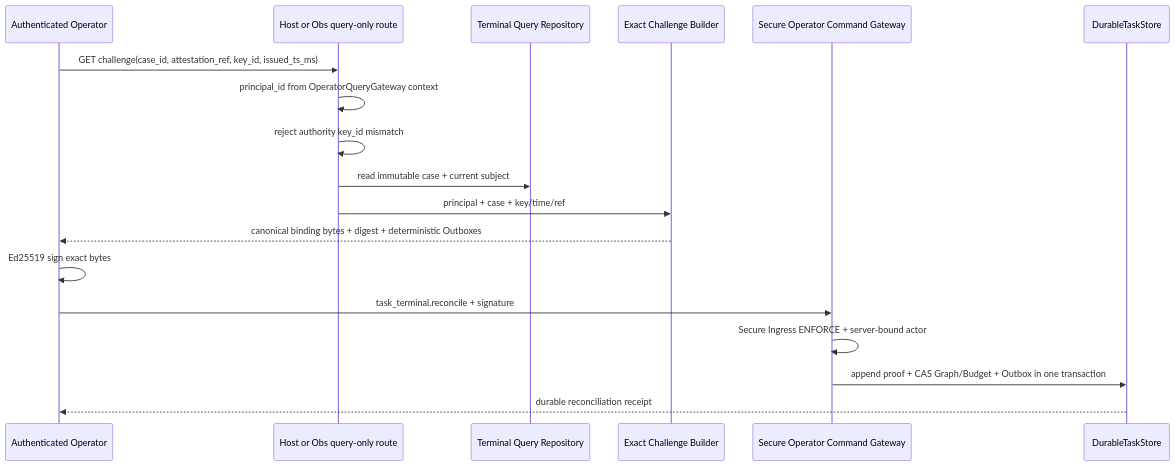
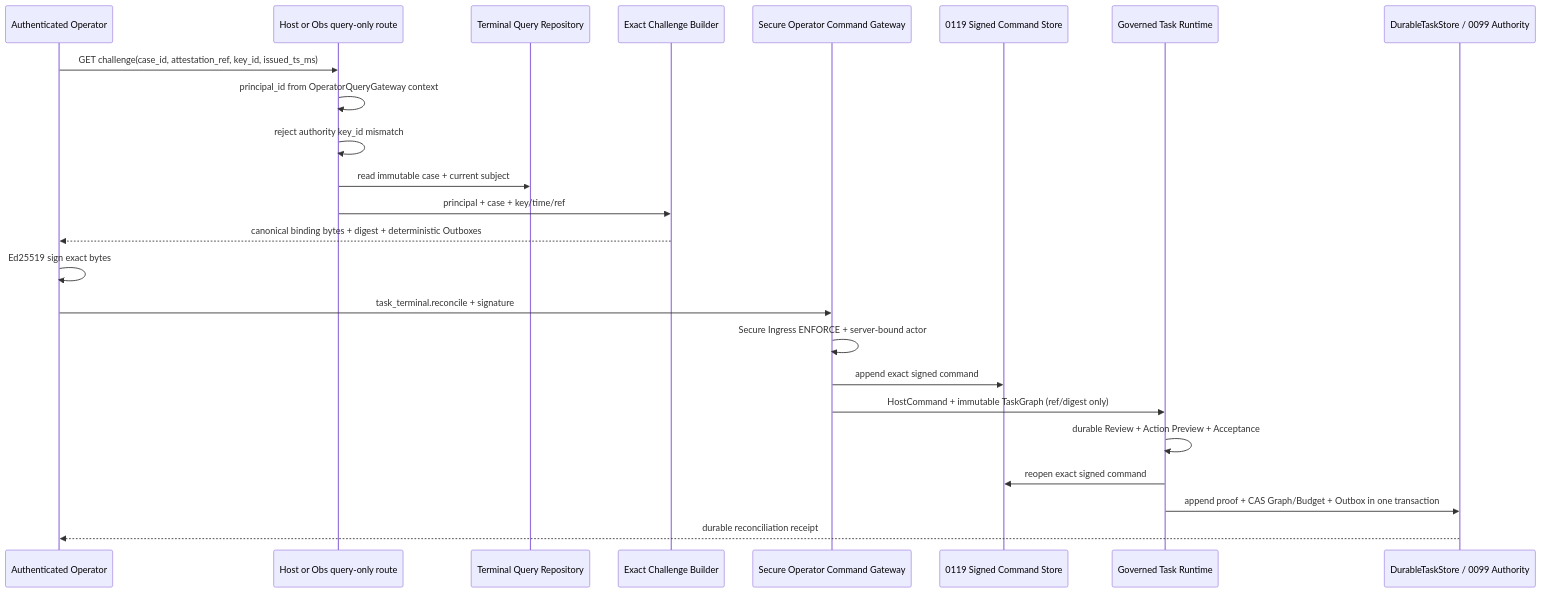
The fourth of 6 diagrams in docs/50_project/arch/diagrams/07_observability_topology.md (SakuraYoruno/Natsume_Ai), drawn with Mermaid before and after one commit. The commit also changed other lines of this file and 42 other files, not shown here.

Commit message:
重构：终态签名修复进入受治理任务图

````diff
--- a/docs/50_project/arch/diagrams/07_observability_topology.md
+++ b/docs/50_project/arch/diagrams/07_observability_topology.md
@@ -124,21 +124,27 @@
 ```mermaid
 sequenceDiagram
     participant U as Authenticated Operator
     participant O as Host or Obs query-only route
     participant Q as Terminal Query Repository
     participant B as Exact Challenge Builder
     participant C as Secure Operator Command Gateway
-    participant S as DurableTaskStore
+    participant J as 0119 Signed Command Store
+    participant T as Governed Task Runtime
+    participant S as DurableTaskStore / 0099 Authority
 
     U->>O: GET challenge(case_id, attestation_ref, key_id, issued_ts_ms)
     O->>O: principal_id from OperatorQueryGateway context
     O->>O: reject authority key_id mismatch
     O->>Q: read immutable case + current subject
     O->>B: principal + case + key/time/ref
     B-->>U: canonical binding bytes + digest + deterministic Outboxes
     U->>U: Ed25519 sign exact bytes
     U->>C: task_terminal.reconcile + signature
     C->>C: Secure Ingress ENFORCE + server-bound actor
-    C->>S: append proof + CAS Graph/Budget + Outbox in one transaction
+    C->>J: append exact signed command
+    C->>T: HostCommand + immutable TaskGraph (ref/digest only)
+    T->>T: durable Review + Action Preview + Acceptance
+    T->>J: reopen exact signed command
+    T->>S: append proof + CAS Graph/Budget + Outbox in one transaction
     S-->>U: durable reconciliation receipt
 ```
````
